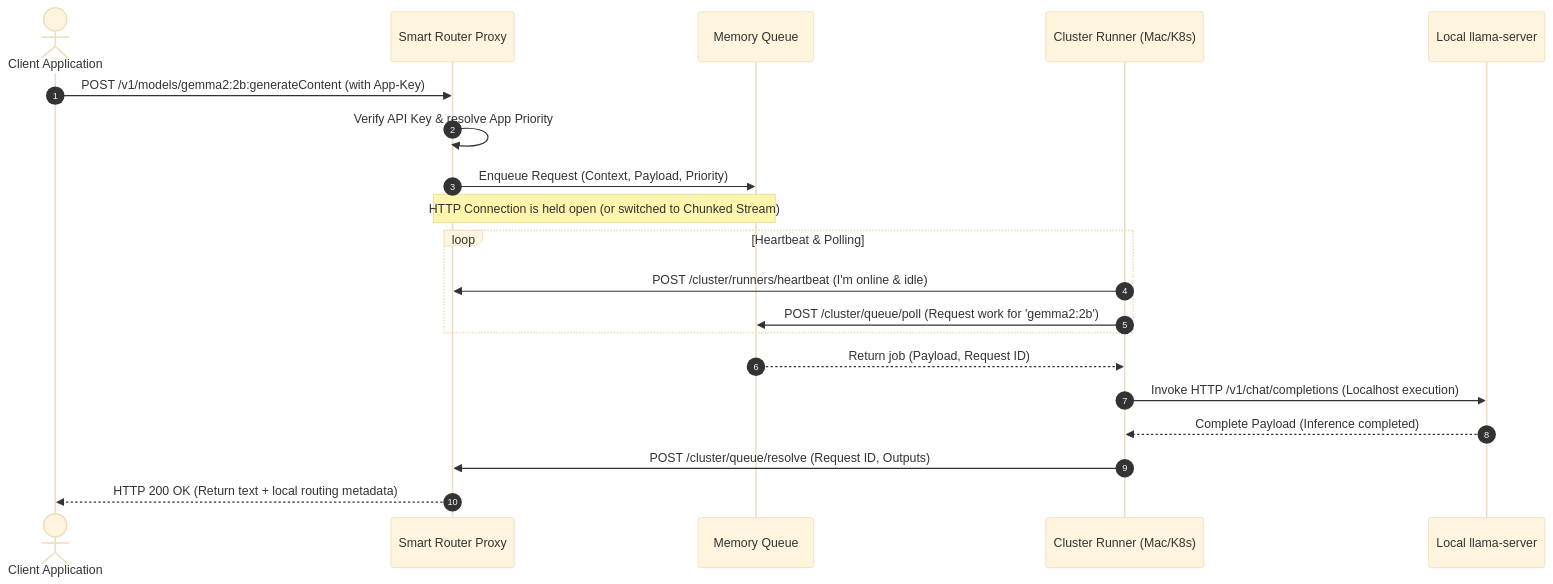
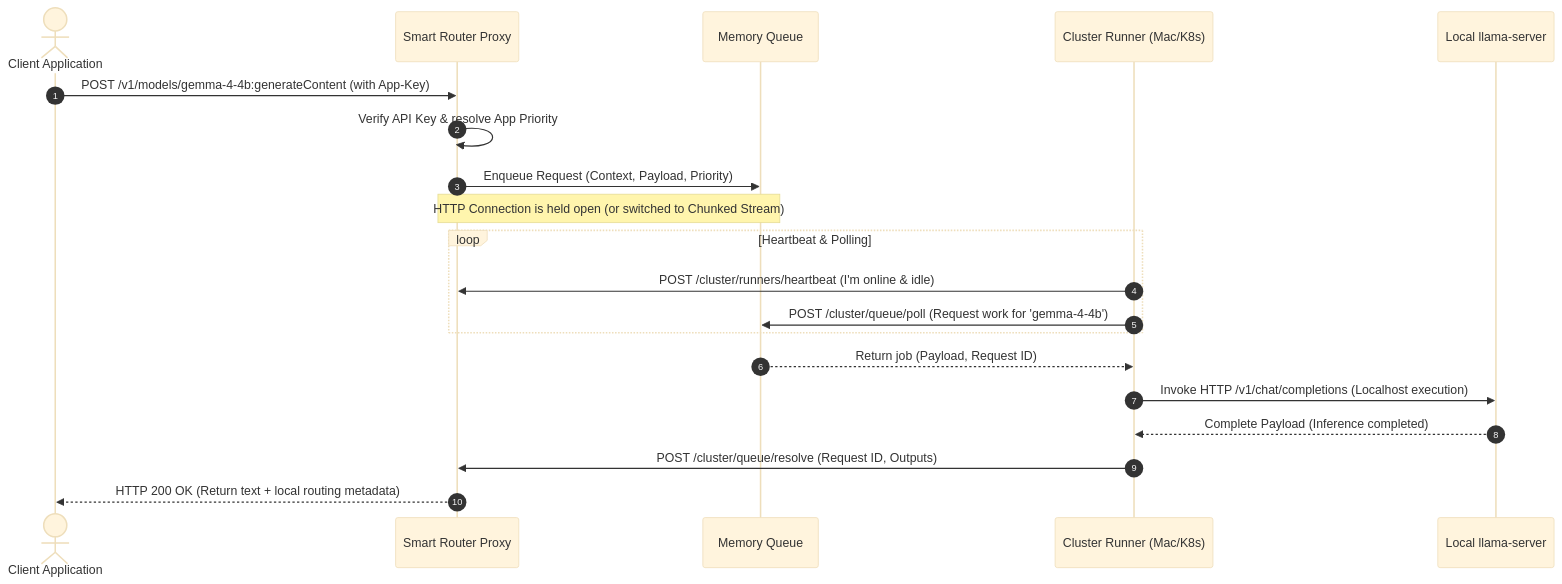
The second of 3 diagrams in docs/architecture/local-clusters-plan.md (davenportjw/smartrouter), drawn with Mermaid (base theme) before and after one commit. The commit also changed 92 other files, not shown here.

````diff
--- a/docs/architecture/local-clusters-plan.md
+++ b/docs/architecture/local-clusters-plan.md
@@ -111,28 +111,28 @@
 ```mermaid
 sequenceDiagram
     autonumber
     actor Client as Client Application
     participant Router as Smart Router Proxy
     participant Queue as Memory Queue
     participant Runner as Cluster Runner (Mac/K8s)
     participant Model as Local llama-server
 
-    Client->>Router: POST /v1/models/gemma2:2b:generateContent (with App-Key)
+    Client->>Router: POST /v1/models/gemma-4-4b:generateContent (with App-Key)
     Router->>Router: Verify API Key & resolve App Priority
     Router->>Queue: Enqueue Request (Context, Payload, Priority)
     
     Note over Router, Queue: HTTP Connection is held open (or switched to Chunked Stream)
 
     loop Heartbeat & Polling
         Runner->>Router: POST /cluster/runners/heartbeat (I'm online & idle)
-        Runner->>Queue: POST /cluster/queue/poll (Request work for 'gemma2:2b')
+        Runner->>Queue: POST /cluster/queue/poll (Request work for 'gemma-4-4b')
     end
 
     Queue-->>Runner: Return job (Payload, Request ID)
     
     Runner->>Model: Invoke HTTP /v1/chat/completions (Localhost execution)
     Model-->>Runner: Complete Payload (Inference completed)
     
     Runner->>Router: POST /cluster/queue/resolve (Request ID, Outputs)
     Router-->>Client: HTTP 200 OK (Return text + local routing metadata)
 ```
````
